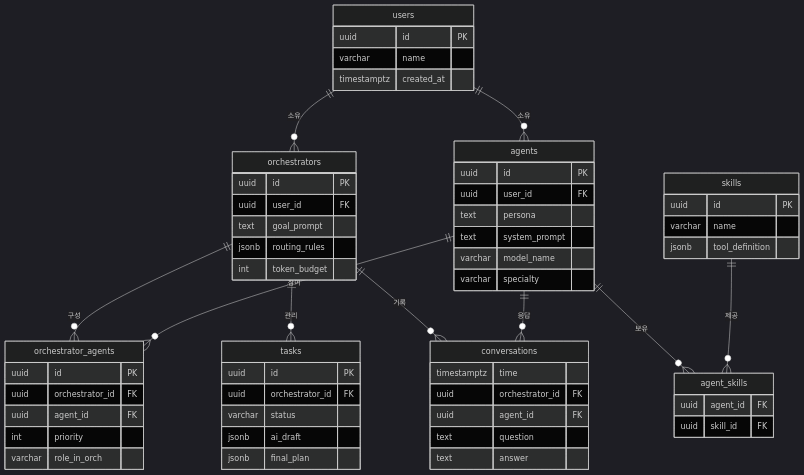
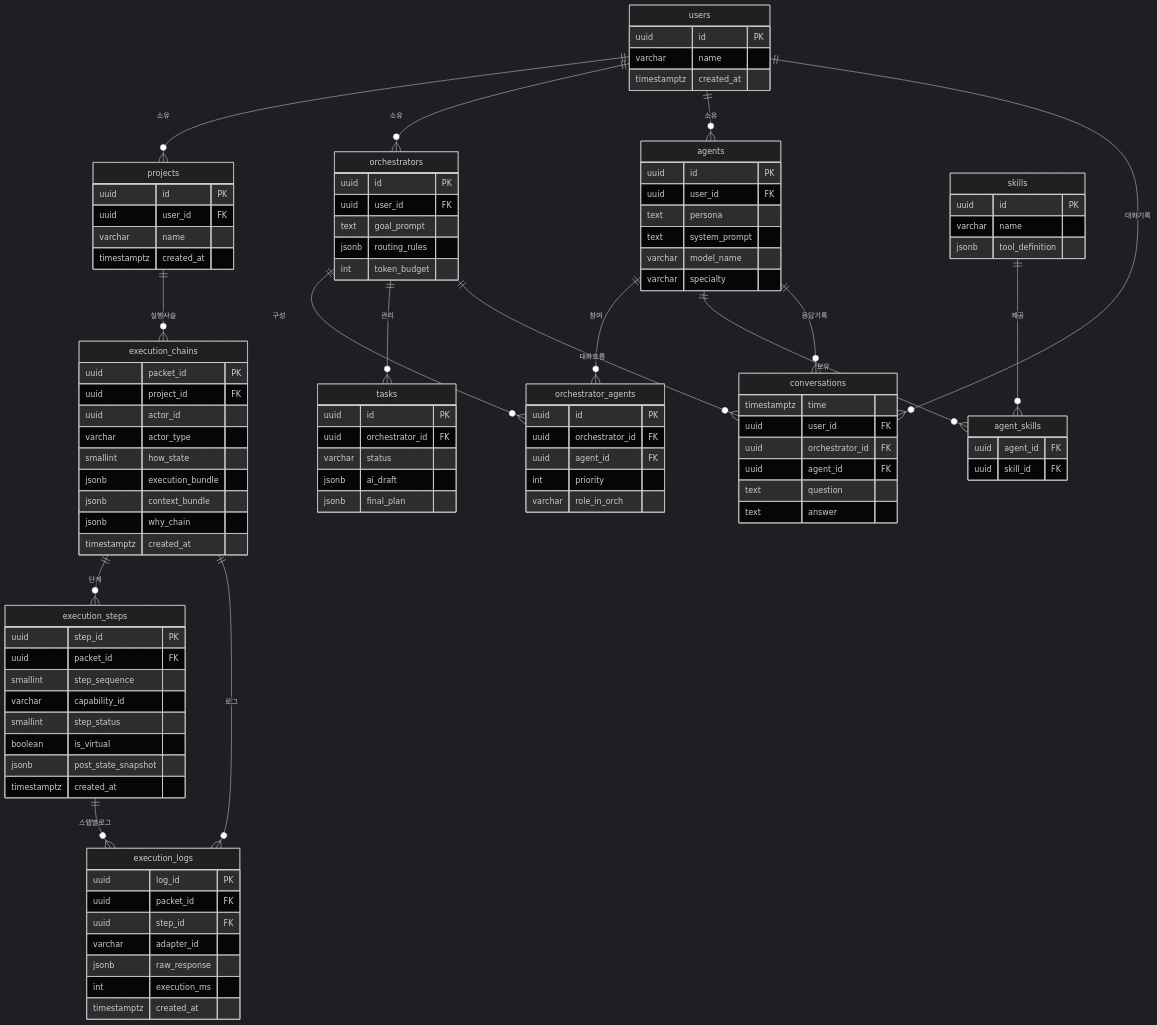
Diagram 27 of 30 in NEXA-Platform/docs/[NEXA-UCL-01] 정의 및 기초 아키텍처.md (U2SOUTION/NEXA), drawn with Mermaid (dark theme) before and after one commit. The commit also changed other lines of this file and 5 other files, not shown here.

````diff
--- a/NEXA-Platform/docs/[NEXA-UCL-01] 정의 및 기초 아키텍처.md
+++ b/NEXA-Platform/docs/[NEXA-UCL-01] 정의 및 기초 아키텍처.md
@@ -1080,6 +1209,12 @@
 erDiagram
     users {
         uuid id PK
+        varchar name
+        timestamptz created_at
+    }
+    projects {
+        uuid id PK
+        uuid user_id FK
         varchar name
         timestamptz created_at
     }
@@ -1123,19 +1258,56 @@
     }
     conversations {
         timestamptz time
+        uuid user_id FK
         uuid orchestrator_id FK
         uuid agent_id FK
         text question
         text answer
     }
+    execution_chains {
+        uuid packet_id PK
+        uuid project_id FK
+        uuid actor_id
+        varchar actor_type
+        smallint how_state
+        jsonb execution_bundle
+        jsonb context_bundle
+        jsonb why_chain
+        timestamptz created_at
+    }
+    execution_steps {
+        uuid step_id PK
+        uuid packet_id FK
+        smallint step_sequence
+        varchar capability_id
+        smallint step_status
+        boolean is_virtual
+        jsonb post_state_snapshot
+        timestamptz created_at
+    }
+    execution_logs {
+        uuid log_id PK
+        uuid packet_id FK
+        uuid step_id FK
+        varchar adapter_id
+        jsonb raw_response
+        int execution_ms
+        timestamptz created_at
+    }
 
+    users ||--o{ projects : "소유"
     users ||--o{ orchestrators : "소유"
     users ||--o{ agents : "소유"
+    projects ||--o{ execution_chains : "실행사슬"
+    execution_chains ||--o{ execution_steps : "단계"
+    execution_chains ||--o{ execution_logs : "로그"
+    execution_steps ||--o{ execution_logs : "스텝별로그"
     orchestrators ||--o{ orchestrator_agents : "구성"
     agents ||--o{ orchestrator_agents : "참여"
     agents ||--o{ agent_skills : "보유"
     skills ||--o{ agent_skills : "제공"
     orchestrators ||--o{ tasks : "관리"
-    orchestrators ||--o{ conversations : "기록"
-    agents ||--o{ conversations : "응답"
+    users ||--o{ conversations : "대화기록"
+    orchestrators ||--o{ conversations : "대화흐름"
+    agents ||--o{ conversations : "응답기록"
 ```
````
